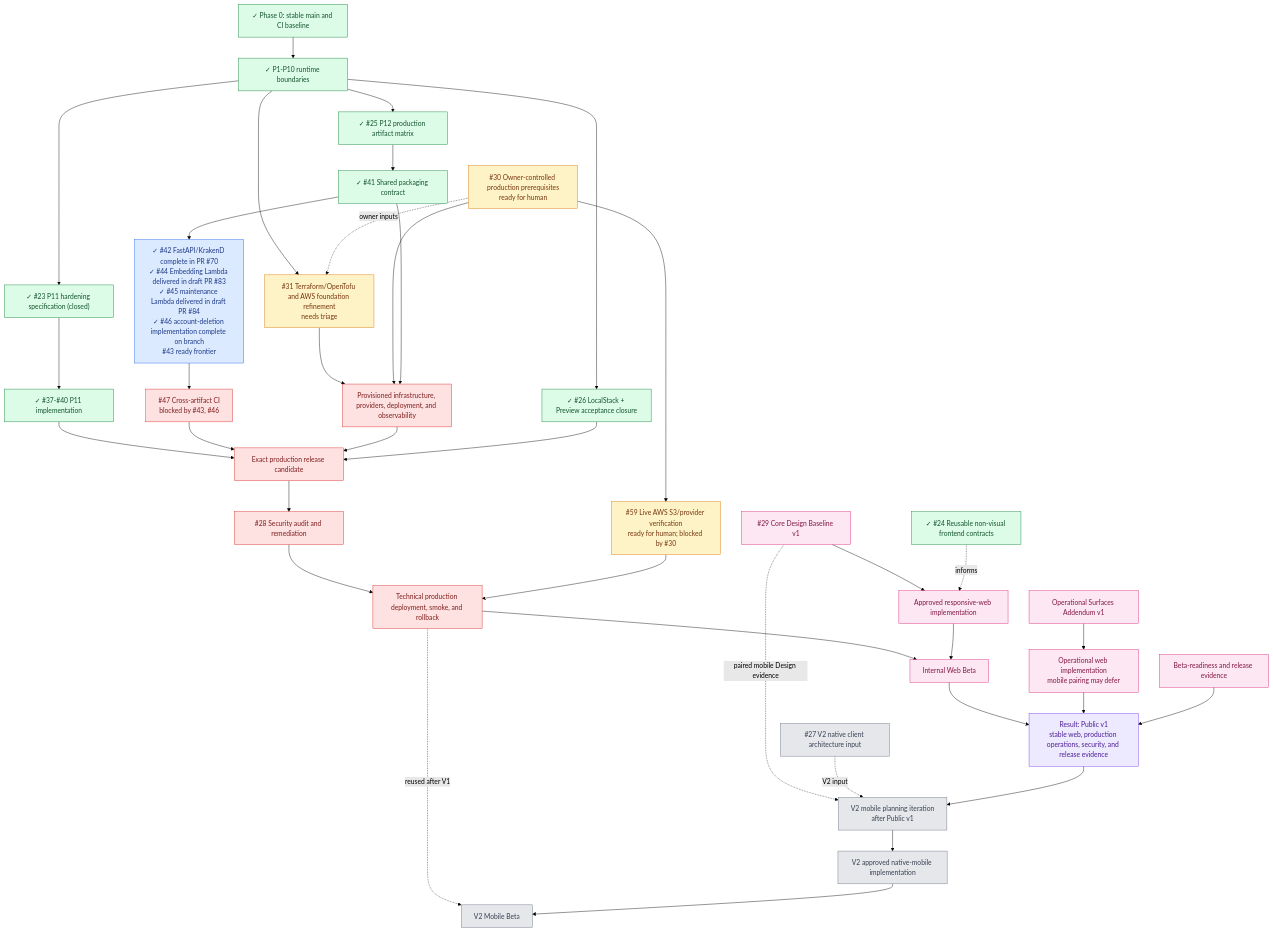
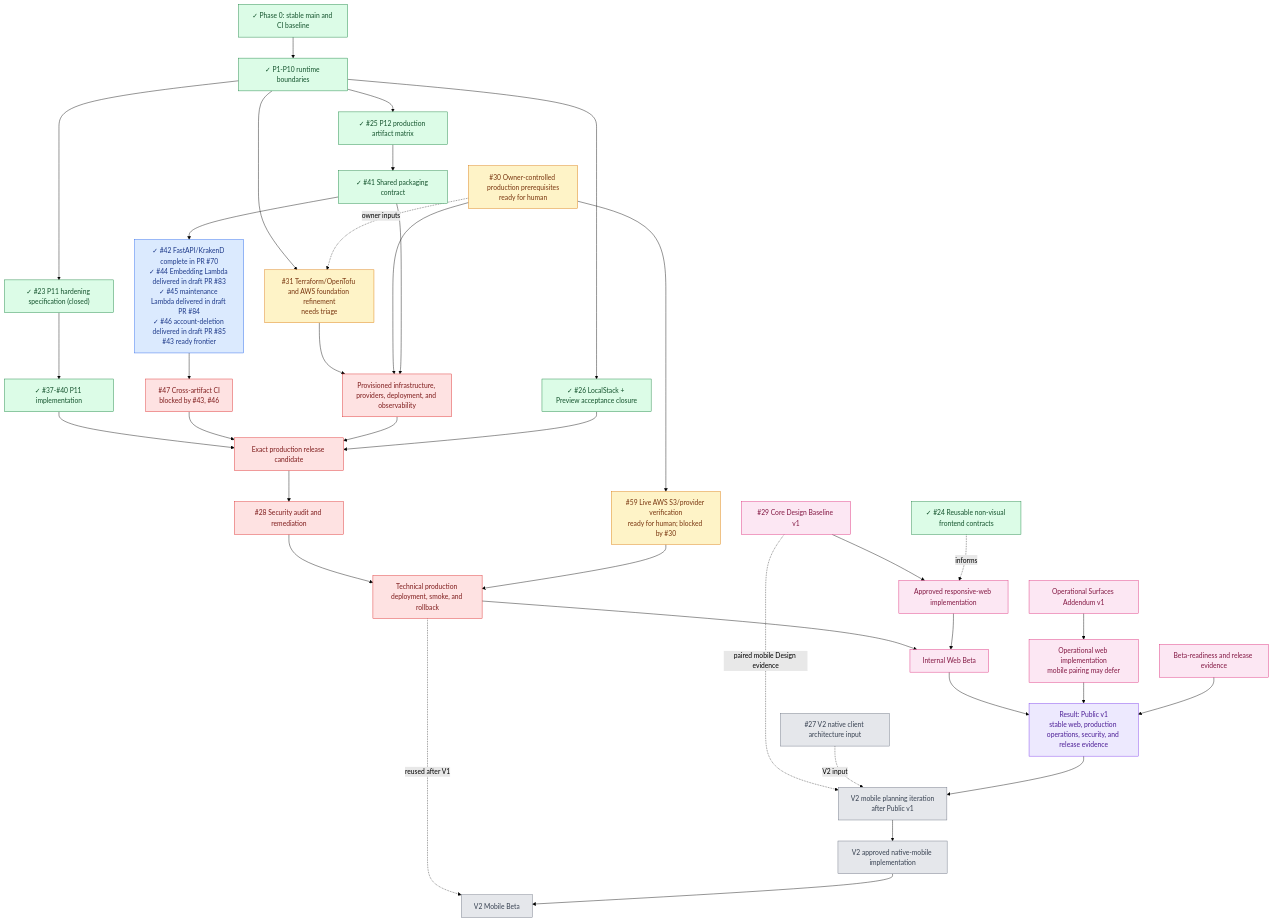
Before and after one commit to starkovalera/recipe-manager: the third of 3 diagrams in docs/roadmap.md, drawn with Mermaid (forest theme). The commit also changed other lines of this file and 2 other files, not shown here.

Commit message:
docs: link account-deletion artifact to draft PR #85

```diff
--- a/docs/roadmap.md
+++ b/docs/roadmap.md
@@ -188,7 +188,7 @@
   p11Implementation["✓ #37-#40 P11 implementation"]
   p12Spec["✓ #25 P12 production artifact matrix"]
   p12Shared["✓ #41 Shared packaging contract"]
-  p12Artifacts["✓ #42 FastAPI/KrakenD complete in PR #70<br/>✓ #44 Embedding Lambda delivered in draft PR #83<br/>✓ #45 maintenance Lambda delivered in draft PR #84<br/>✓ #46 account-deletion implementation complete on branch<br/>#43 ready frontier"]
+  p12Artifacts["✓ #42 FastAPI/KrakenD complete in PR #70<br/>✓ #44 Embedding Lambda delivered in draft PR #83<br/>✓ #45 maintenance Lambda delivered in draft PR #84<br/>✓ #46 account-deletion delivered in draft PR #85<br/>#43 ready frontier"]
   p12Ci["#47 Cross-artifact CI<br/>blocked by #43, #46"]
   localstack["✓ #26 LocalStack + Preview acceptance closure"]
   liveAws["#59 Live AWS S3/provider verification<br/>ready for human; blocked by #30"]
```
